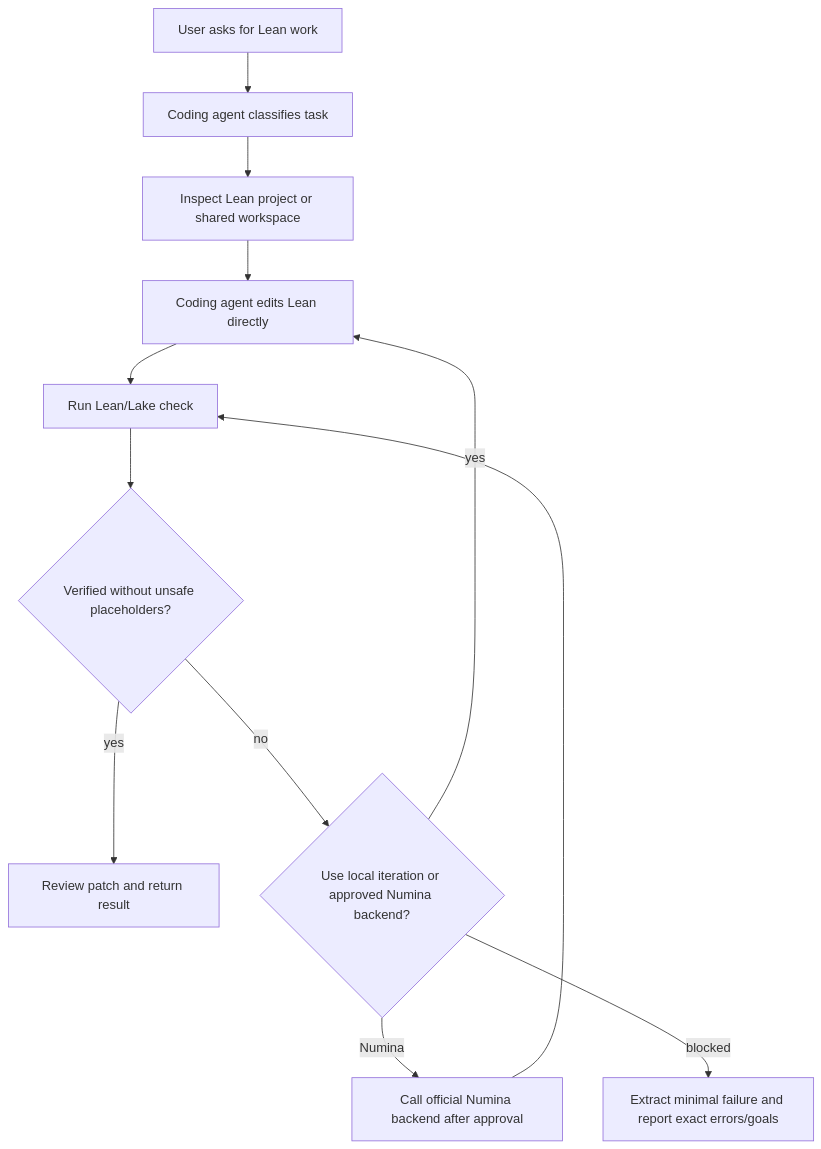
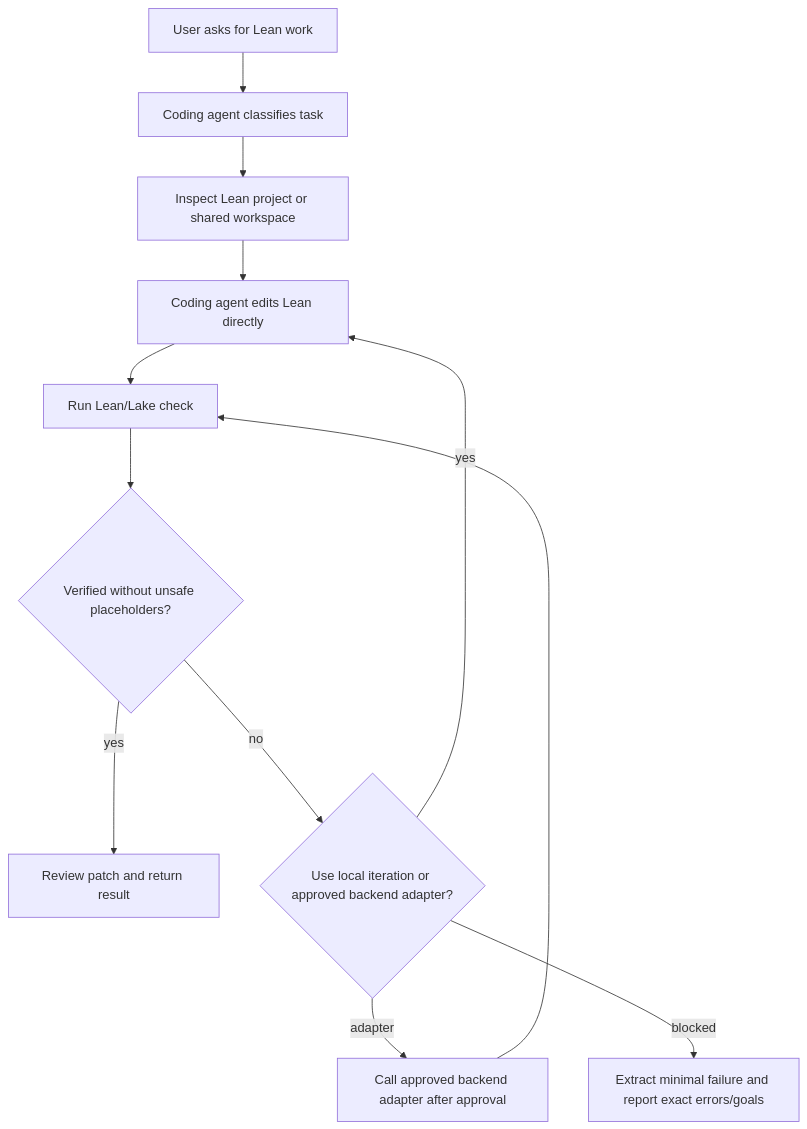
One commit to VeryMath/AI4Math-Lean-Agents changed the diagram in skills/lean-runtime/references/numina_reverse_analysis.md. Above: the diagram before and after it, drawn with Mermaid. The commit also changed other lines of this file and 22 other files, not shown here.

Commit message:
Make Lean backend adapters adapter-first

````diff
--- a/skills/lean-runtime/references/numina_reverse_analysis.md
+++ b/skills/lean-runtime/references/numina_reverse_analysis.md
@@ -38,14 +38,14 @@
 ```mermaid
 flowchart TD
   A["User asks for Lean work"] --> B["Coding agent classifies task"]
   B --> C["Inspect Lean project or shared workspace"]
   C --> D["Coding agent edits Lean directly"]
   D --> E["Run Lean/Lake check"]
   E --> F{"Verified without unsafe placeholders?"}
   F -->|yes| G["Review patch and return result"]
-  F -->|no| H{"Use local iteration or approved Numina backend?"}
+  F -->|no| H{"Use local iteration or approved backend adapter?"}
   H -->|yes| D
-  H -->|Numina| N["Call official Numina backend after approval"]
+  H -->|adapter| N["Call approved backend adapter after approval"]
   N --> E
   H -->|blocked| I["Extract minimal failure and report exact errors/goals"]
 ```
````
